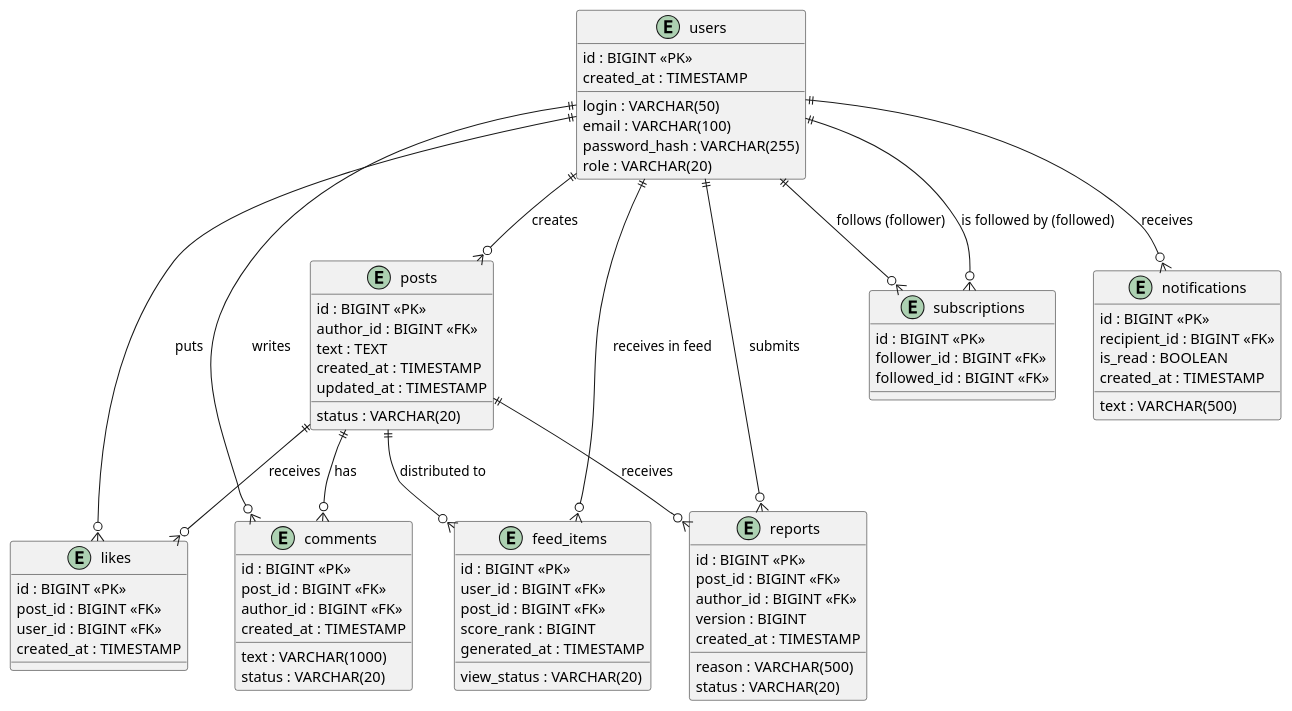
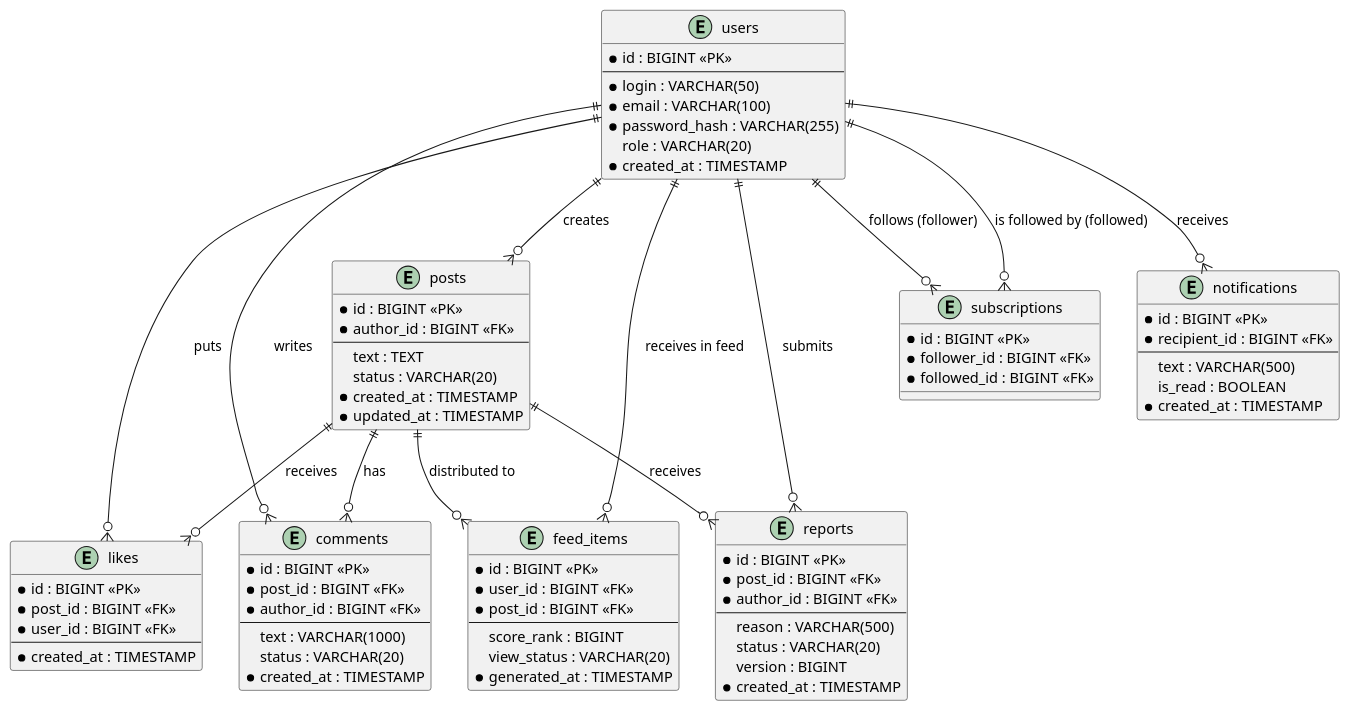
The diagram in Readme.md (igorvorobev777/news-feed), drawn with PlantUML before and after one commit. The commit also changed other lines of this file, not shown here.

Commit message:
исправлен код диаграммы сущностей

```diff
--- a/Readme.md
+++ b/Readme.md
@@ -30,70 +31,77 @@
 @startuml
 
 entity users {
-  id : BIGINT <<PK>>
-  login : VARCHAR(50)
-  email : VARCHAR(100)
-  password_hash : VARCHAR(255)
+  * id : BIGINT «PK»
+  --
+  * login : VARCHAR(50)
+  * email : VARCHAR(100)
+  * password_hash : VARCHAR(255)
   role : VARCHAR(20)
-  created_at : TIMESTAMP
+  * created_at : TIMESTAMP
 }
 
 entity posts {
-  id : BIGINT <<PK>>
-  author_id : BIGINT <<FK>>
+  * id : BIGINT «PK»
+  * author_id : BIGINT «FK»
+  --
   text : TEXT
   status : VARCHAR(20)
-  created_at : TIMESTAMP
-  updated_at : TIMESTAMP
+  * created_at : TIMESTAMP
+  * updated_at : TIMESTAMP
 }
 
 entity comments {
-  id : BIGINT <<PK>>
-  post_id : BIGINT <<FK>>
-  author_id : BIGINT <<FK>>
+  * id : BIGINT «PK»
+  * post_id : BIGINT «FK»
+  * author_id : BIGINT «FK»
+  --
   text : VARCHAR(1000)
   status : VARCHAR(20)
-  created_at : TIMESTAMP
+  * created_at : TIMESTAMP
 }
 
 entity likes {
-  id : BIGINT <<PK>>
-  post_id : BIGINT <<FK>>
-  user_id : BIGINT <<FK>>
-  created_at : TIMESTAMP
+  * id : BIGINT «PK»
+  * post_id : BIGINT «FK»
+  * user_id : BIGINT «FK»
+  --
+  * created_at : TIMESTAMP
 }
 
 entity reports {
-  id : BIGINT <<PK>>
-  post_id : BIGINT <<FK>>
-  author_id : BIGINT <<FK>>
+  * id : BIGINT «PK»
+  * post_id : BIGINT «FK»
+  * author_id : BIGINT «FK»
+  --
   reason : VARCHAR(500)
   status : VARCHAR(20)
   version : BIGINT
-  created_at : TIMESTAMP
+  * created_at : TIMESTAMP
 }
 
 entity subscriptions {
-  id : BIGINT <<PK>>
-  follower_id : BIGINT <<FK>>
-  followed_id : BIGINT <<FK>>
+  * id : BIGINT «PK»
+  * follower_id : BIGINT «FK»
+  * followed_id : BIGINT «FK»
 }
 
 entity feed_items {
-  id : BIGINT <<PK>>
-  user_id : BIGINT <<FK>>
-  post_id : BIGINT <<FK>>
+  * id : BIGINT «PK»
+  * user_id : BIGINT «FK»
+  * post_id : BIGINT «FK»
+  --
   score_rank : BIGINT
   view_status : VARCHAR(20)
-  generated_at : TIMESTAMP
+  * generated_at : TIMESTAMP
 }
 
 entity notifications {
-  id : BIGINT <<PK>>
-  recipient_id : BIGINT <<FK>>
+  * id : BIGINT «PK»
+  * recipient_id : BIGINT «FK»
+  --
   text : VARCHAR(500)
   is_read : BOOLEAN
-  created_at : TIMESTAMP
+  * created_at : TIMESTAMP
 }
 
 ' === Связи пользователя ===
```
